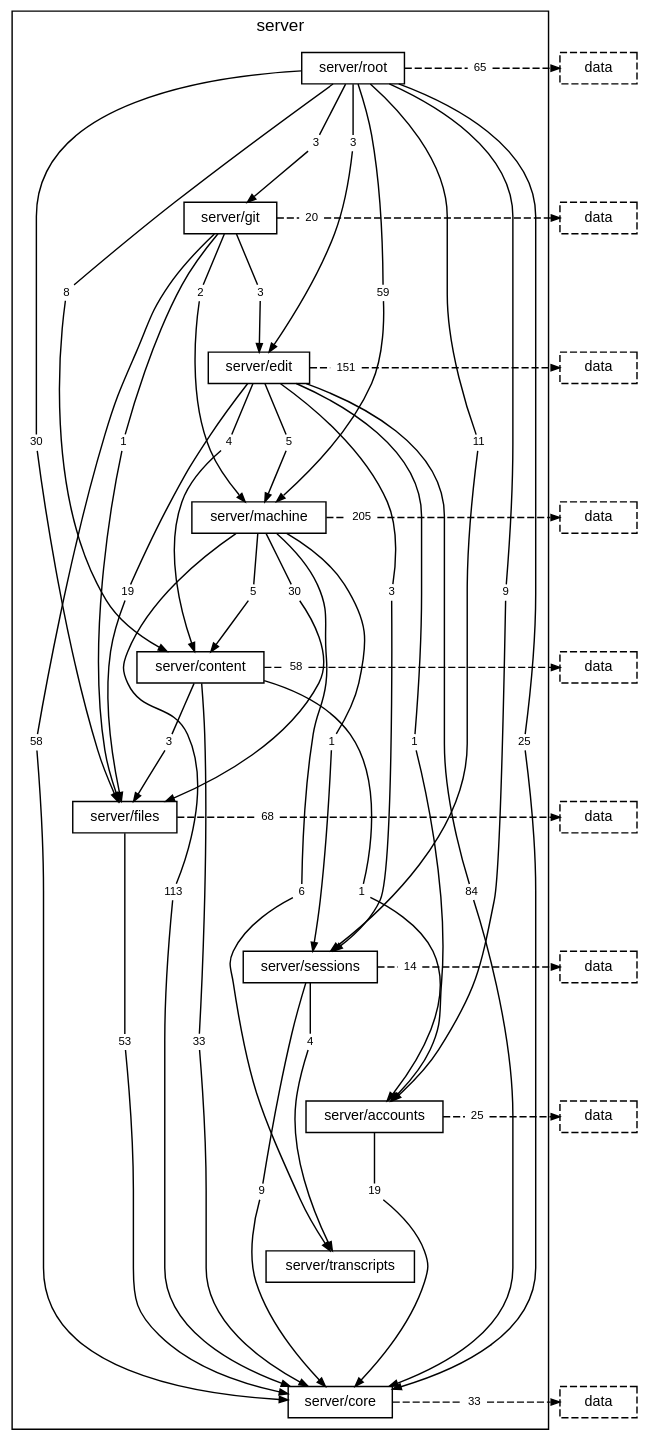
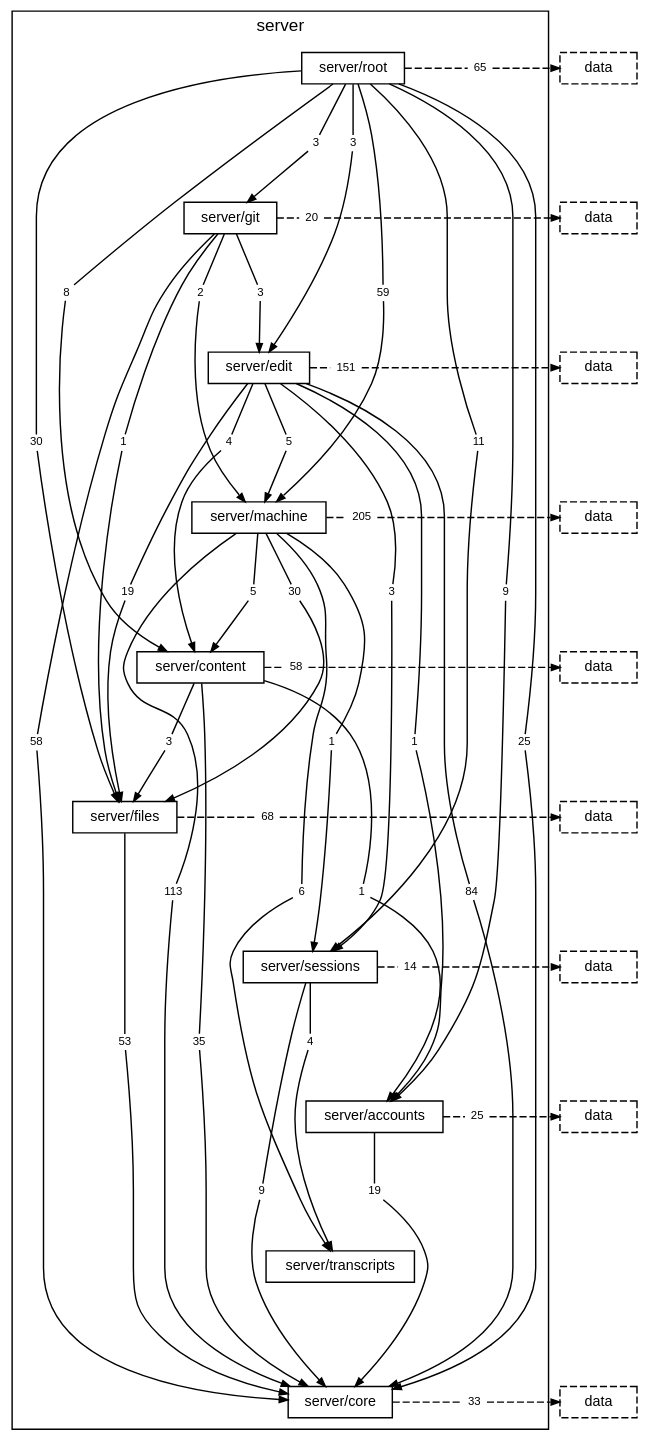
One commit to TheAxeC/oculus changed the diagram in docs/diagrams/layer-server.dot. Above: the diagram before and after it, drawn with Graphviz. The commit also changed 38 other files, not shown here.

```diff
--- a/docs/diagrams/layer-server.dot
+++ b/docs/diagrams/layer-server.dot
@@ -42,7 +42,7 @@
         "folder server/machine to folder server/transcripts" [label="6", shape=box, color="transparent", fontsize=8, width=0, height=0, margin="0.04,0.02"];
         "folder server/machine to layer data" [label="205", shape=box, color="transparent", fontsize=8, width=0, height=0, margin="0.04,0.02"];
         "folder server/content to folder server/accounts" [label="1", shape=box, color="transparent", fontsize=8, width=0, height=0, margin="0.04,0.02"];
-        "folder server/content to folder server/core" [label="33", shape=box, color="transparent", fontsize=8, width=0, height=0, margin="0.04,0.02"];
+        "folder server/content to folder server/core" [label="35", shape=box, color="transparent", fontsize=8, width=0, height=0, margin="0.04,0.02"];
         "folder server/content to folder server/files" [label="3", shape=box, color="transparent", fontsize=8, width=0, height=0, margin="0.04,0.02"];
         "folder server/content to layer data" [label="58", shape=box, color="transparent", fontsize=8, width=0, height=0, margin="0.04,0.02"];
         "folder server/files to folder server/core" [label="53", shape=box, color="transparent", fontsize=8, width=0, height=0, margin="0.04,0.02"];
```
